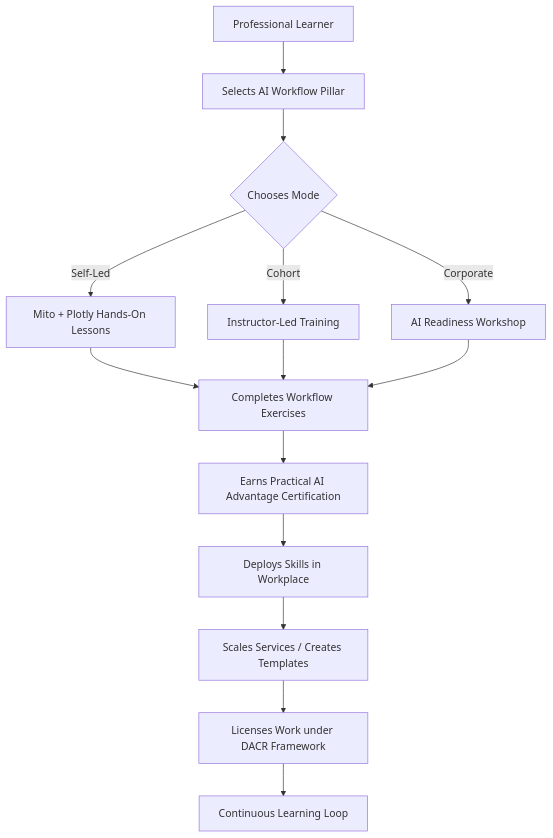
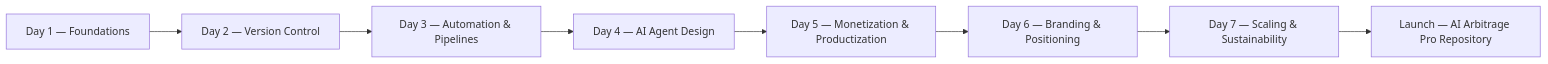
The diagram in README.md (emcdo411/practical-ai-advantage-course), drawn with Mermaid before and after one commit. The commit also changed other lines of this file, not shown here.

`````diff
--- a/README.md
+++ b/README.md
@@ -125,16 +53,10 @@
 ```mermaid
-flowchart TD
-    A[Professional Learner] --> B[Selects AI Workflow Pillar]
-    B --> C{Chooses Mode}
-    C -->|Self-Led| D[Mito + Plotly Hands-On Lessons]
-    C -->|Cohort| E[Instructor-Led Training]
-    C -->|Corporate| F[AI Readiness Workshop]
-    D --> G[Completes Workflow Exercises]
-    E --> G
-    F --> G
-    G --> H[Earns Practical AI Advantage Certification]
-    H --> I[Deploys Skills in Workplace]
-    I --> J[Scales Services / Creates Templates]
-    J --> K[Licenses Work under DACR Framework]
-    K --> L[Continuous Learning Loop]
+flowchart LR
+    A[Day 1 — Foundations] --> B[Day 2 — Version Control]
+    B --> C[Day 3 — Automation & Pipelines]
+    C --> D[Day 4 — AI Agent Design]
+    D --> E[Day 5 — Monetization & Productization]
+    E --> F[Day 6 — Branding & Positioning]
+    F --> G[Day 7 — Scaling & Sustainability]
+    G --> H[Launch — AI Arbitrage Pro Repository]
 ````
`````
